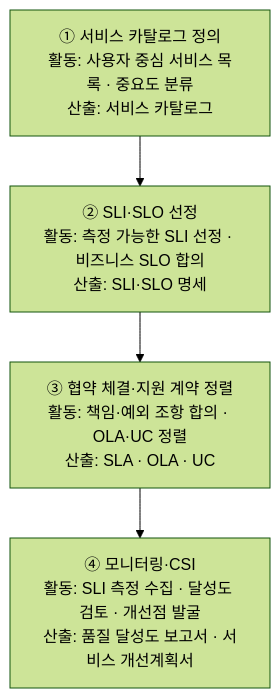
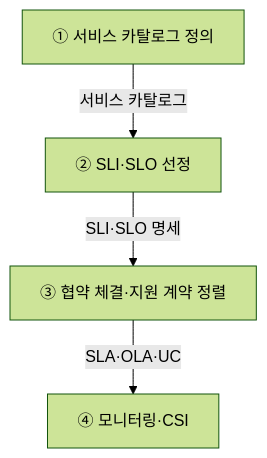
Before and after one commit to agnusdei1207/study: the first of 5 diagrams in src/content/docs/notes/itpe/01-it-strategy/006_sla.md, drawn with Mermaid (forest theme). The commit also changed other lines of this file and 19 other files, not shown here.

````diff
--- a/src/content/docs/notes/itpe/01-it-strategy/006_sla.md
+++ b/src/content/docs/notes/itpe/01-it-strategy/006_sla.md
@@ -61,9 +59,6 @@
 ```mermaid
 flowchart TD
-    S1["① 서비스 카탈로그 정의<br/>활동: 사용자 중심 서비스 목록 · 중요도 분류<br/>산출: 서비스 카탈로그"]
-    S2["② SLI·SLO 선정<br/>활동: 측정 가능한 SLI 선정 · 비즈니스 SLO 합의<br/>산출: SLI·SLO 명세"]
-    S3["③ 협약 체결·지원 계약 정렬<br/>활동: 책임·예외 조항 합의 · OLA·UC 정렬<br/>산출: SLA · OLA · UC"]
-    S4["④ 모니터링·CSI<br/>활동: SLI 측정 수집 · 달성도 검토 · 개선점 발굴<br/>산출: 품질 달성도 보고서 · 서비스 개선계획서"]
-
-    S1 --> S2 --> S3 --> S4
+    S1["① 서비스 카탈로그 정의"] -->|"서비스 카탈로그"| S2["② SLI·SLO 선정"]
+    S2 -->|"SLI·SLO 명세"| S3["③ 협약 체결·지원 계약 정렬"]
+    S3 -->|"SLA·OLA·UC"| S4["④ 모니터링·CSI"]
 ```
````
